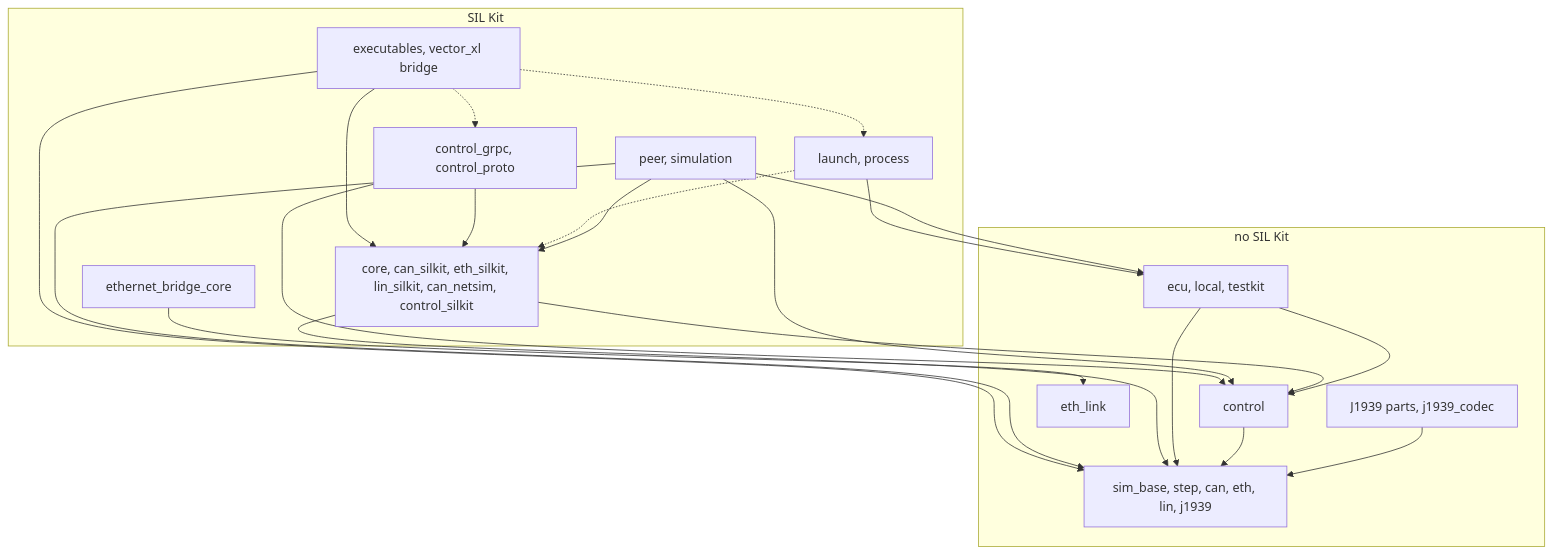
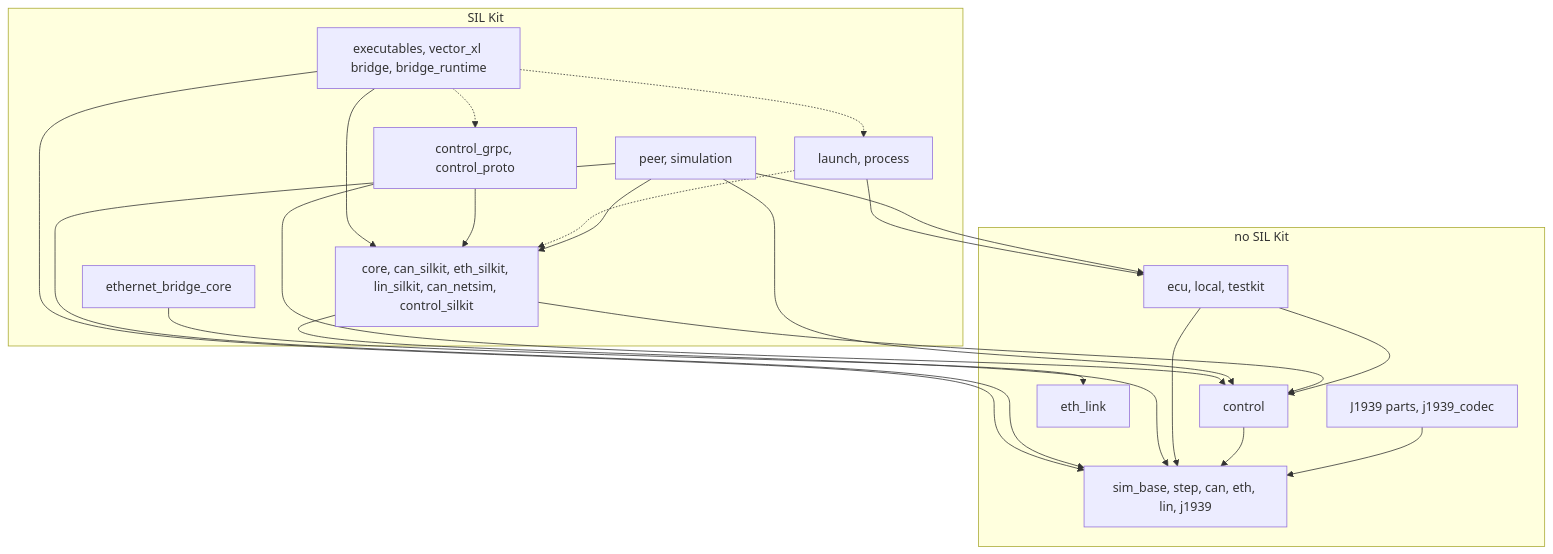
Before and after one commit to rahanahu/vehicle-sil: the first of 8 diagrams in docs/code-map.md, drawn with Mermaid. The commit also changed other lines of this file and 19 other files, not shown here.

````diff
--- a/docs/code-map.md
+++ b/docs/code-map.md
@@ -111,37 +113,37 @@
 ```mermaid
 flowchart TD
     subgraph no_silkit["no SIL Kit"]
         protocols["sim_base, step, can, eth, lin, j1939"]
         control["control"]
         j1939_parts["J1939 parts, j1939_codec"]
         app["ecu, local, testkit"]
         eth_link_box["eth_link"]
     end
     subgraph with_silkit["SIL Kit"]
         bindings["core, can_silkit, eth_silkit, lin_silkit, can_netsim, control_silkit"]
         run["peer, simulation"]
         launch_process["launch, process"]
         grpc["control_grpc, control_proto"]
-        tools["executables, vector_xl bridge"]
+        tools["executables, vector_xl bridge, bridge_runtime"]
         ethernet_bridge["ethernet_bridge_core"]
     end
     j1939_parts --> protocols
     control --> protocols
     app --> protocols
     app --> control
     bindings --> protocols
     bindings --> control
     run --> app
     run --> bindings
     run --> protocols
     run --> control
     launch_process --> app
     launch_process -.-> bindings
     grpc --> control
     grpc --> bindings
     tools --> protocols
     tools --> bindings
     tools -.-> launch_process
     tools -.-> grpc
     ethernet_bridge --> eth_link_box
 ```
````
